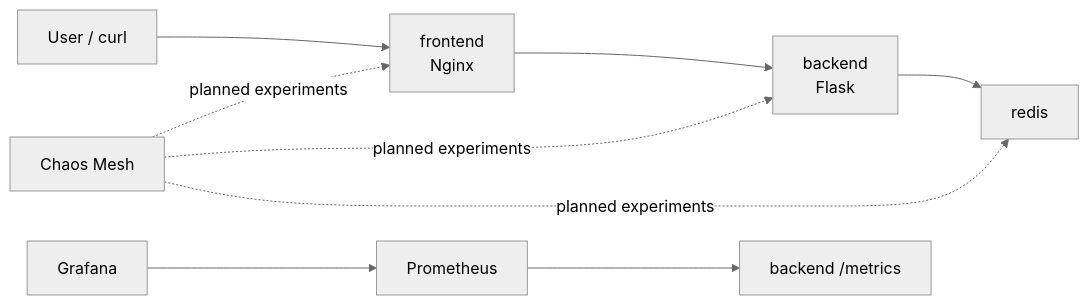
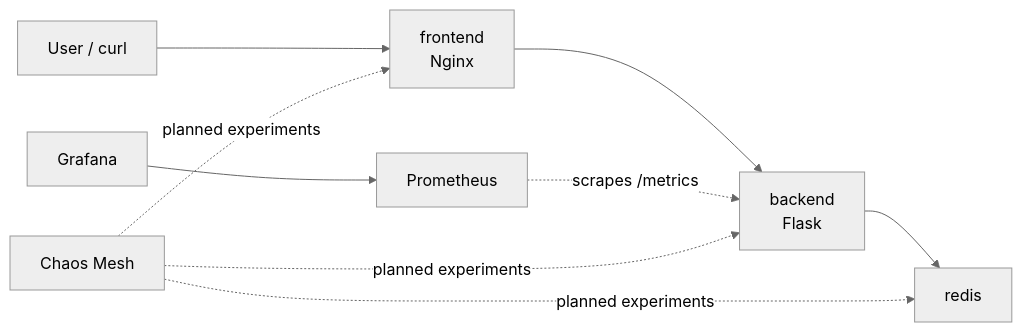
The diagram in README.md (dg-creator/chaos-mesh), drawn with Mermaid (neutral theme) before and after one commit.

Commit message:
Clarify metrics flow in architecture diagram

````diff
--- a/README.md
+++ b/README.md
@@ -30,13 +30,13 @@
 ```mermaid
 flowchart LR
     User["User / curl"] --> Frontend["frontend<br/>Nginx"]
     Frontend --> Backend["backend<br/>Flask"]
     Backend --> Redis["redis"]
 
-    Prometheus["Prometheus"] --> Metrics["backend /metrics"]
+    Prometheus["Prometheus"] -. "scrapes /metrics" .-> Backend
     Grafana["Grafana"] --> Prometheus
 
     ChaosMesh["Chaos Mesh"] -. "planned experiments" .-> Frontend
     ChaosMesh -. "planned experiments" .-> Backend
     ChaosMesh -. "planned experiments" .-> Redis
 ```
````
